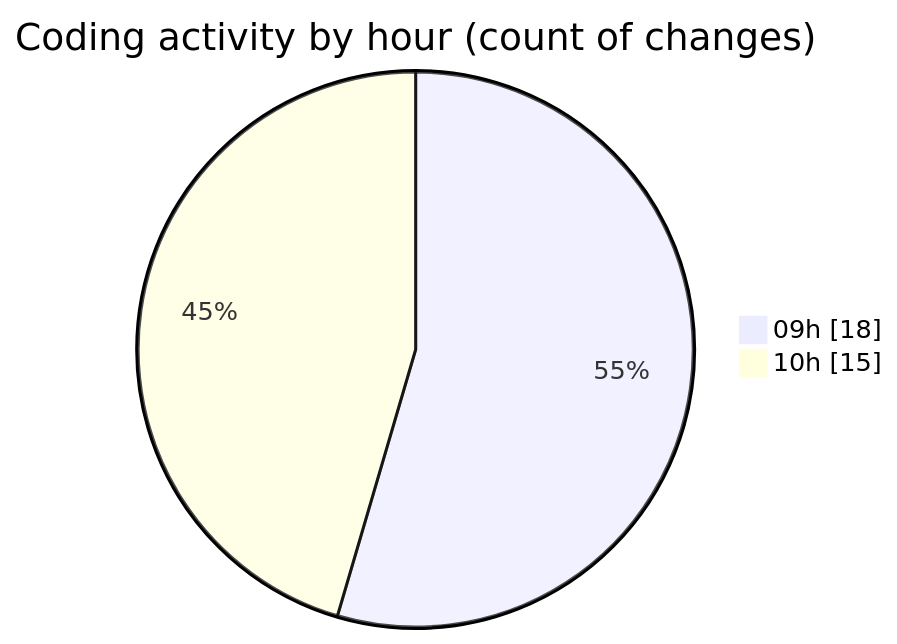
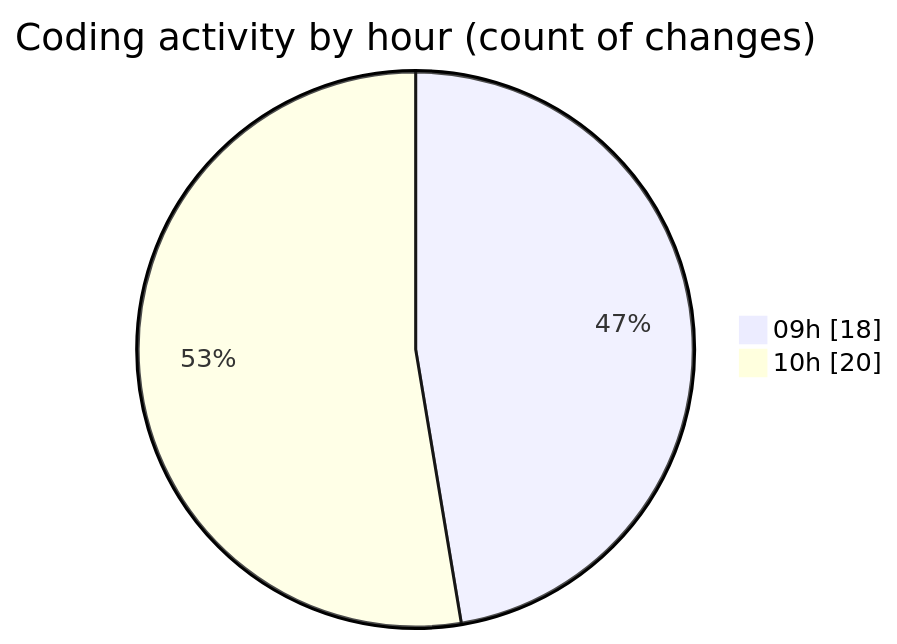
The second of 2 diagrams in 2025-07-01/cda/README.md (momahboobian/code-tracking), drawn with Mermaid before and after one commit. The commit also changed other lines of this file and 1 other file, not shown here.

````diff
--- a/2025-07-01/cda/README.md
+++ b/2025-07-01/cda/README.md
@@ -33,6 +33,6 @@
 ```mermaid
 pie showData
 title Coding activity by hour (count of changes)
 "09h" : 18
-"10h" : 15
+"10h" : 20
 ```
````
